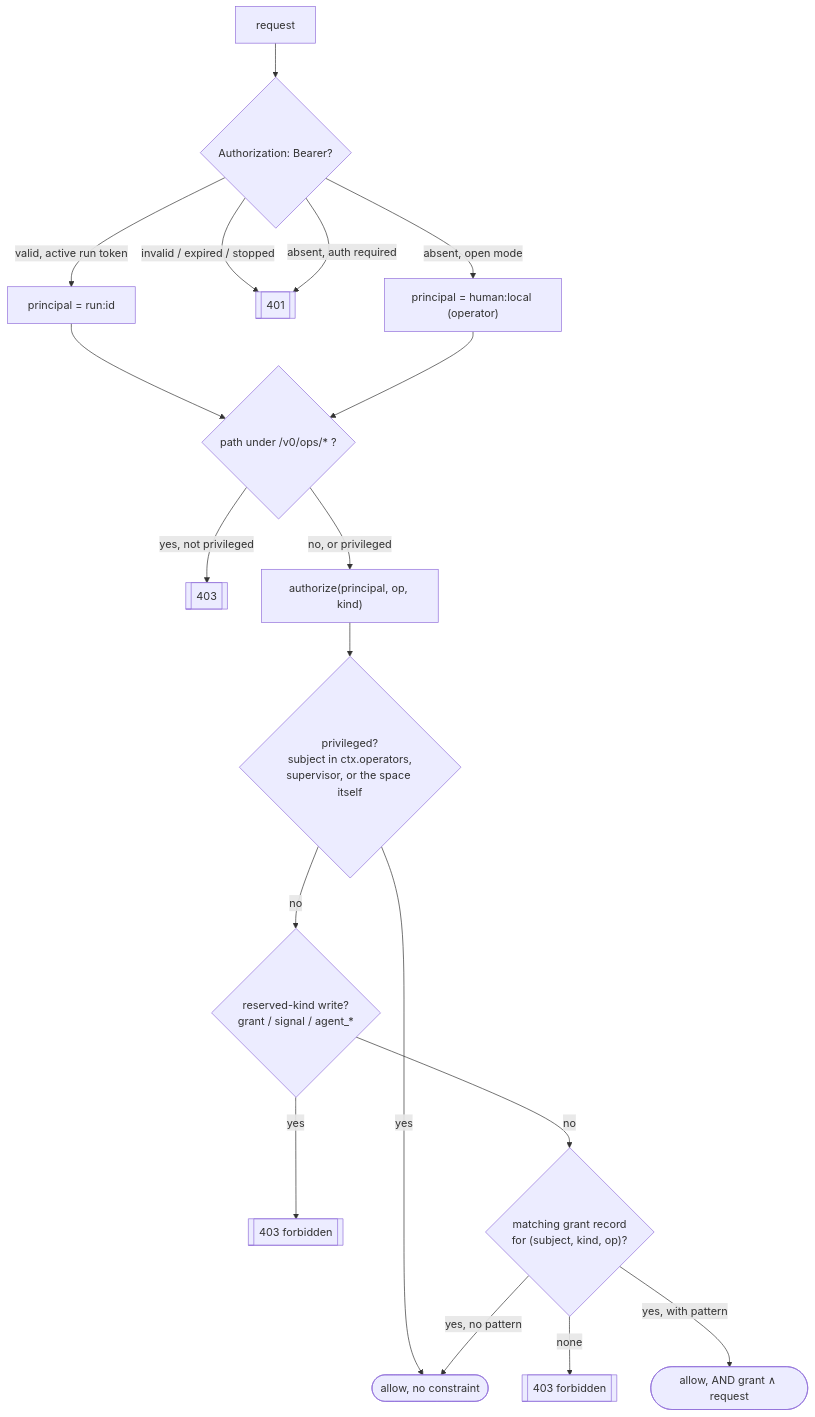
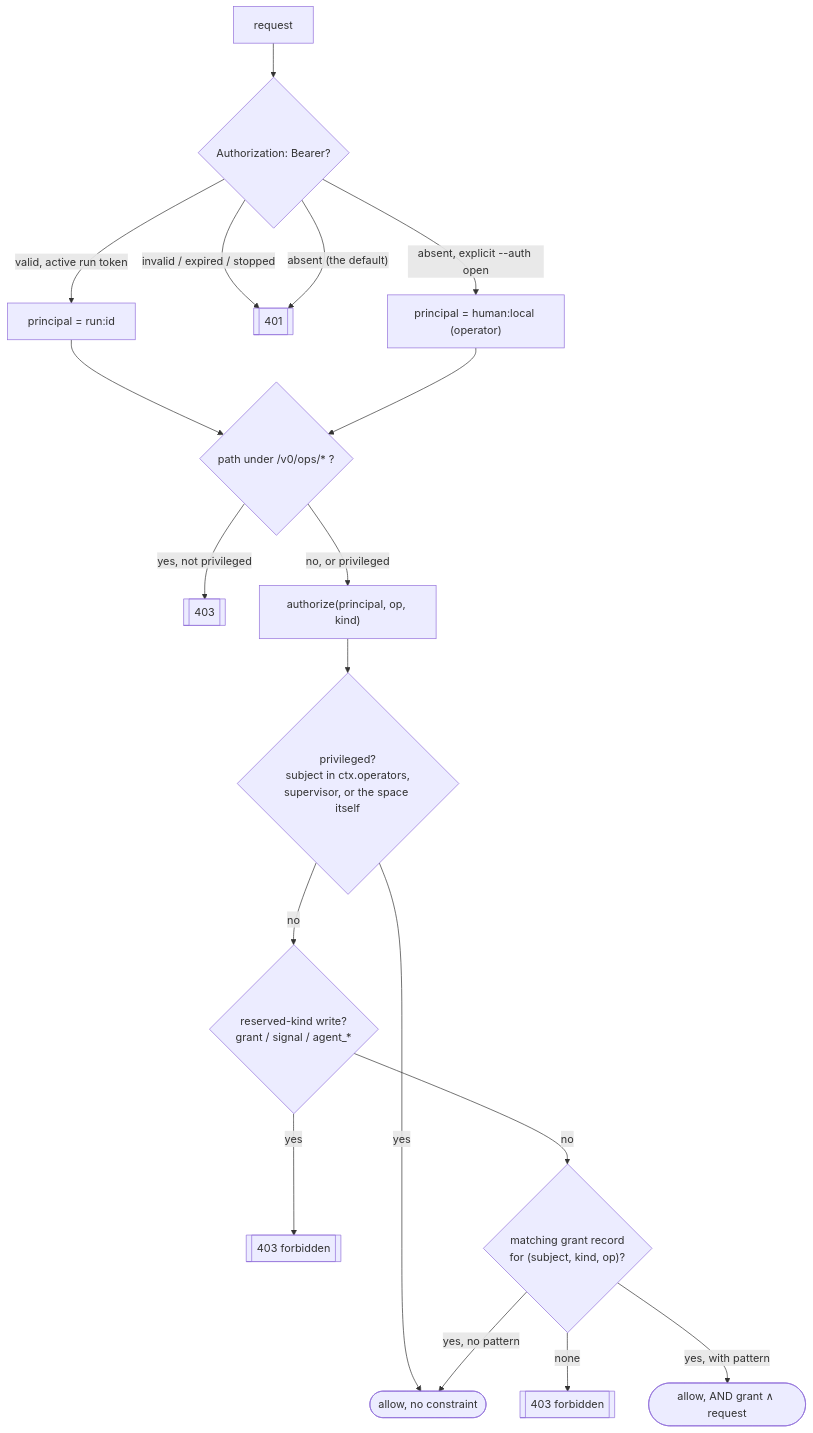
The third of 5 diagrams in agent_docs/design-auth.md (wistrand/radia), drawn with Mermaid before and after one commit. The commit also changed other lines of this file and 22 other files, not shown here.

````diff
--- a/agent_docs/design-auth.md
+++ b/agent_docs/design-auth.md
@@ -268,20 +274,20 @@
 ```mermaid
 flowchart TD
     Req[request] --> B{"Authorization: Bearer?"}
     B -->|"valid, active run token"| Prin["principal = run:id"]
     B -->|"invalid / expired / stopped"| E401[["401"]]
-    B -->|"absent, auth required"| E401
-    B -->|"absent, open mode"| Oper["principal = human:local (operator)"]
+    B -->|"absent (the default)"| E401
+    B -->|"absent, explicit --auth open"| Oper["principal = human:local (operator)"]
     Prin --> Ops
     Oper --> Ops
     Ops{"path under /v0/ops/* ?"} -->|"yes, not privileged"| E403a[["403"]]
     Ops -->|"no, or privileged"| Az["authorize(principal, op, kind)"]
     Az --> Priv{"privileged?<br/>subject in ctx.operators,<br/>supervisor, or the space itself"}
     Priv -->|"yes"| Allow(["allow, no constraint"])
     Priv -->|"no"| Res{"reserved-kind write?<br/>grant / signal / agent_*"}
     Res -->|"yes"| E403b[["403 forbidden"]]
     Res -->|"no"| Grant{"matching grant record<br/>for (subject, kind, op)?"}
     Grant -->|"none"| E403c[["403 forbidden"]]
     Grant -->|"yes, no pattern"| Allow
     Grant -->|"yes, with pattern"| AllowT(["allow, AND grant ∧ request"])
 ```
````
